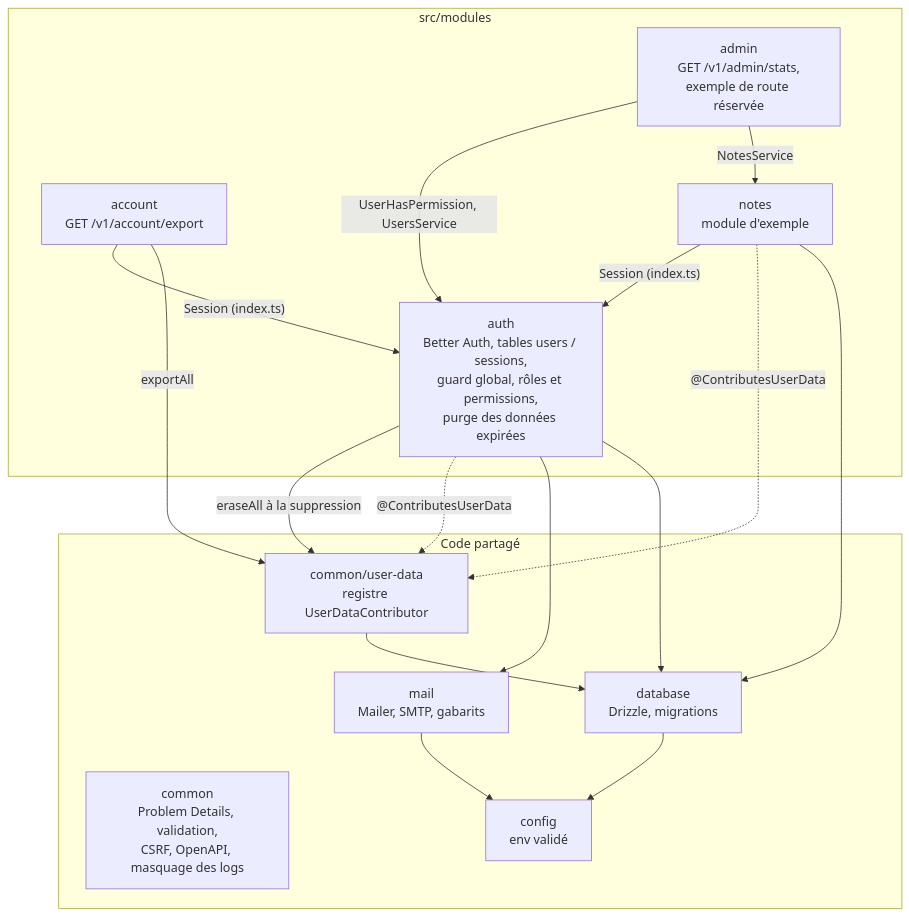
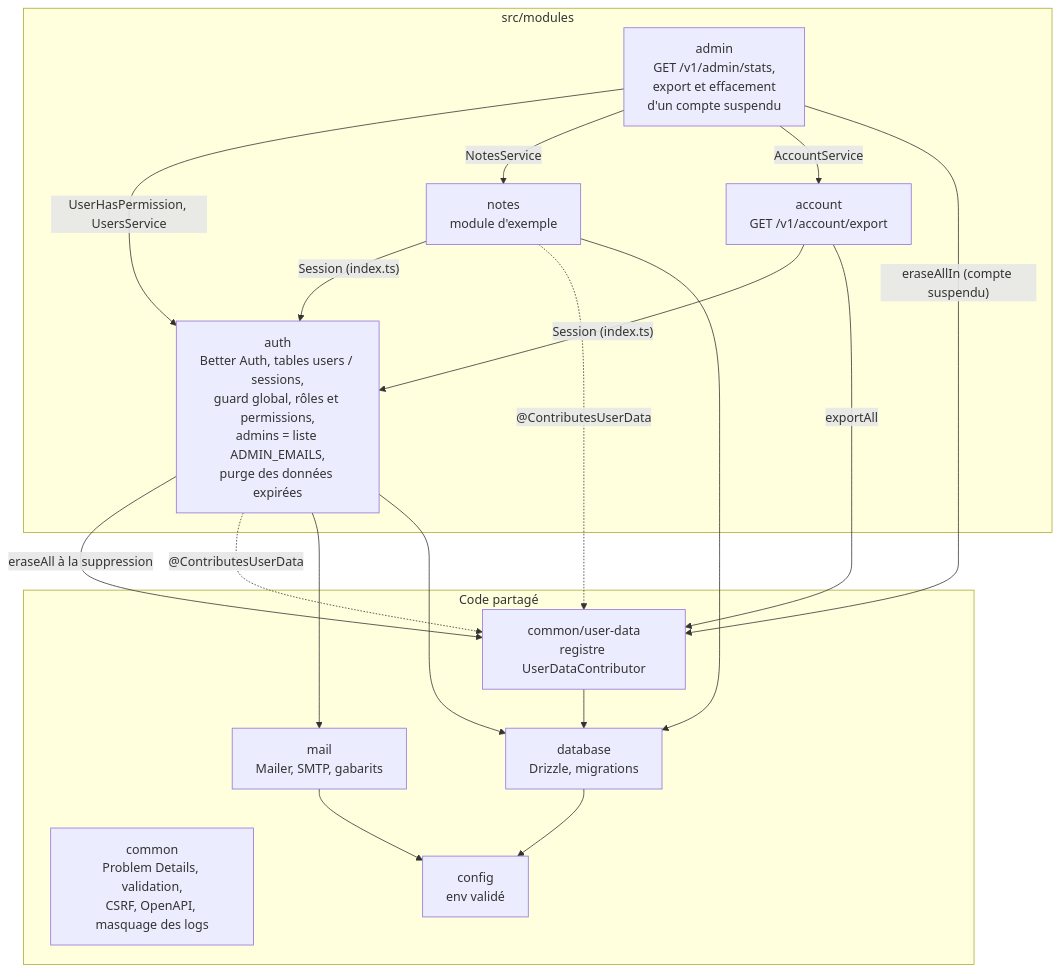
Before and after one commit to soodidi/engineering-guidelines: the fifth of 10 diagrams in docs/architecture.md, drawn with Mermaid. The commit also changed other lines of this file and 2 other files, not shown here.

Commit message:
docs: refresh architecture diagrams and handoff after the pending decisions (#61)

````diff
--- a/docs/architecture.md
+++ b/docs/architecture.md
@@ -122,28 +124,30 @@
 ```mermaid
 flowchart TB
   subgraph modules["src/modules"]
-    AUTH["auth<br/>Better Auth, tables users / sessions,<br/>guard global, rôles et permissions,<br/>purge des données expirées"]
+    AUTH["auth<br/>Better Auth, tables users / sessions,<br/>guard global, rôles et permissions,<br/>admins = liste ADMIN_EMAILS,<br/>purge des données expirées"]
     ACC["account<br/>GET /v1/account/export"]
     NOTES["notes<br/>module d'exemple"]
-    ADMIN["admin<br/>GET /v1/admin/stats,<br/>exemple de route réservée"]
+    ADMIN["admin<br/>GET /v1/admin/stats,<br/>export et effacement<br/>d'un compte suspendu"]
   end
   subgraph shared["Code partagé"]
     UD["common/user-data<br/>registre UserDataContributor"]
     COMMON["common<br/>Problem Details, validation,<br/>CSRF, OpenAPI, masquage des logs"]
     MAIL["mail<br/>Mailer, SMTP, gabarits"]
     DB["database<br/>Drizzle, migrations"]
     CFG["config<br/>env validé"]
   end
 
   NOTES -- "Session (index.ts)" --> AUTH
   ADMIN -- "UserHasPermission, UsersService" --> AUTH
   ADMIN -- "NotesService" --> NOTES
+  ADMIN -- "AccountService" --> ACC
+  ADMIN -- "eraseAllIn (compte suspendu)" --> UD
   ACC -- "Session (index.ts)" --> AUTH
   ACC -- "exportAll" --> UD
   AUTH -- "eraseAll à la suppression" --> UD
   NOTES -. "@ContributesUserData" .-> UD
   AUTH -. "@ContributesUserData" .-> UD
   AUTH --> MAIL
   AUTH & NOTES & UD --> DB
   MAIL & DB --> CFG
 ```
````
